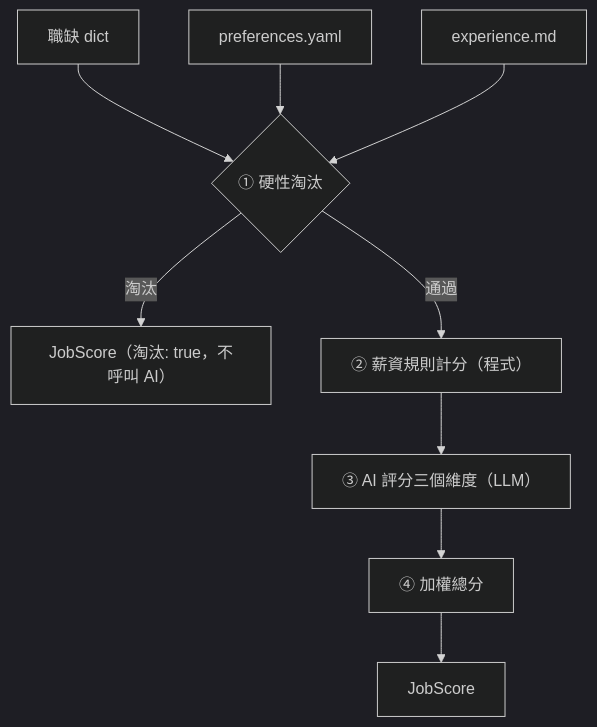
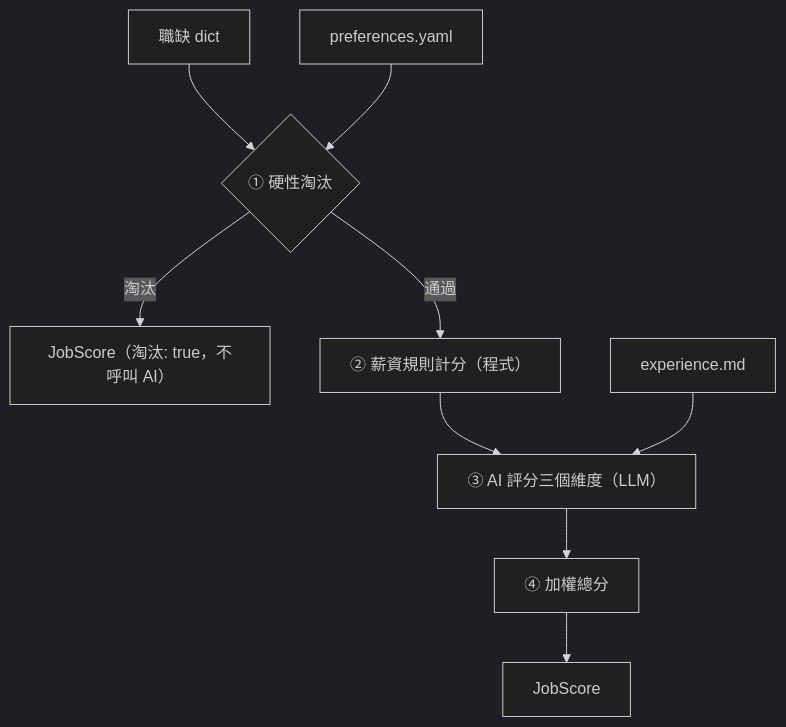
One commit to dlhdb/job-matching changed the diagram in docs/features/F1-01-job-scoring.md. Above: the diagram before and after it, drawn with Mermaid (dark theme). The commit also changed 2 other files, not shown here.

Commit message:
docs: 修正 F2-01 檔名規則與 F1-01 流程圖，與程式實際行為一致
- 讓文件與程式行為一致，免得讀者誤會輸出檔名與評分流程
- F2-01 §5.4：原本寫會移除非英數字元，實際上程式用 str.isalnum() 判斷，中文也會保留，改寫成條列並附上範例
- F1-01 §5.1：流程圖原本把 experience.md 接到「硬性淘汰」，實際上經歷只放進提示詞，改接到 AI 評分
- TODO.md：刪除這兩項已完成的文件修正

````diff
--- a/docs/features/F1-01-job-scoring.md
+++ b/docs/features/F1-01-job-scoring.md
@@ -59,11 +59,11 @@
 ```mermaid
 flowchart TD
     J[職缺 dict] --> F{① 硬性淘汰}
     P[preferences.yaml] --> F
-    E[experience.md] --> F
     F -->|淘汰| X["JobScore（淘汰: true，不呼叫 AI）"]
     F -->|通過| S["② 薪資規則計分（程式）"]
     S --> A["③ AI 評分三個維度（LLM）"]
+    E[experience.md] --> A
     A --> W[④ 加權總分]
     W --> O[JobScore]
 ```
````
